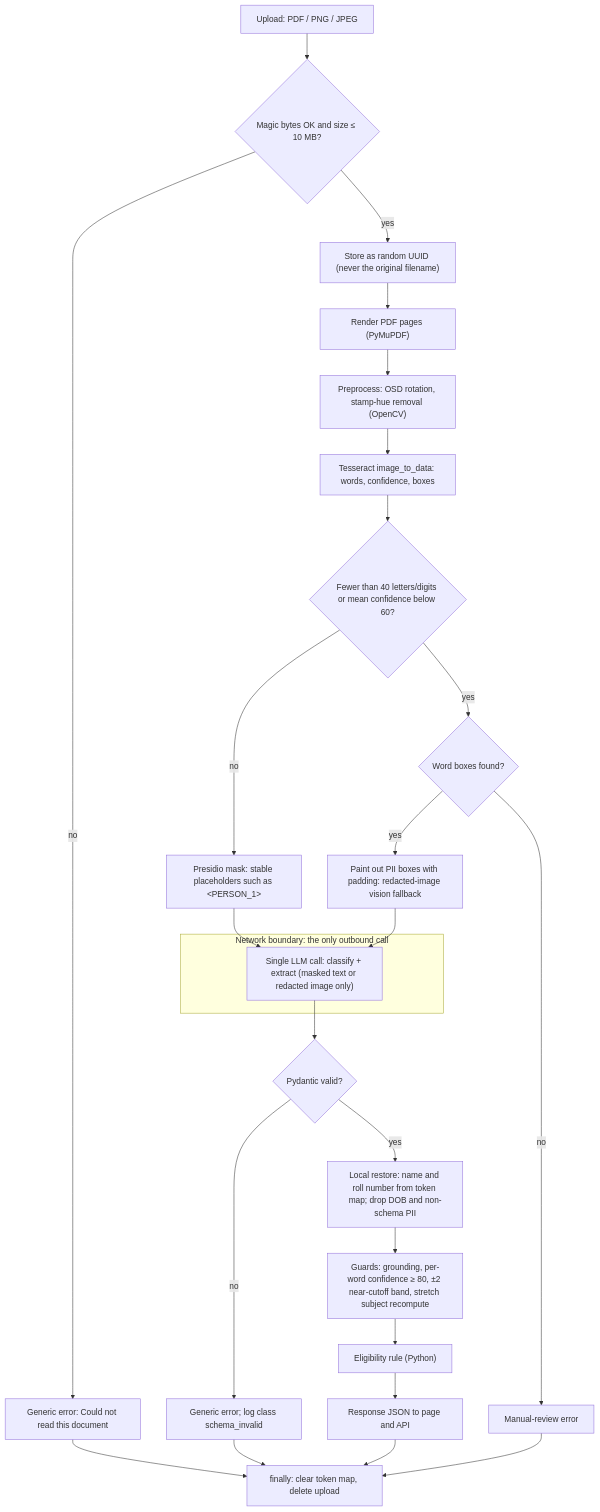
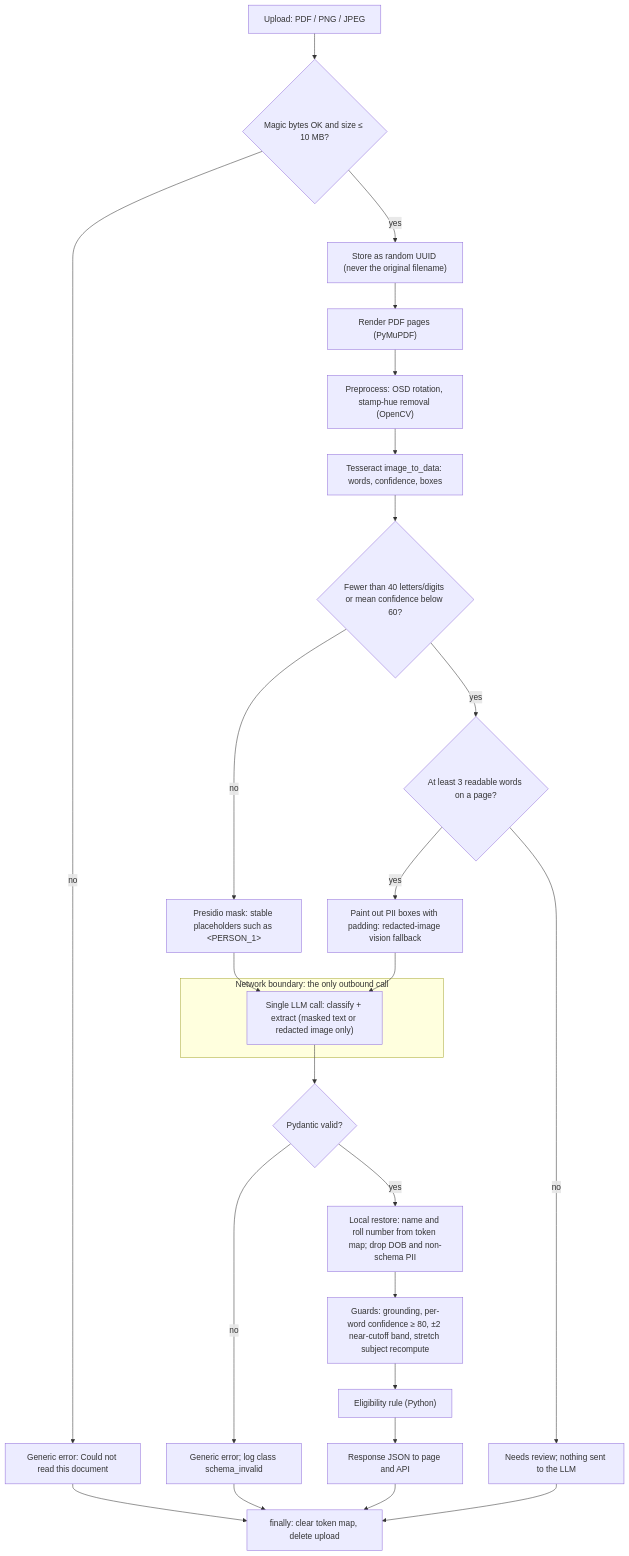
The first of 3 diagrams in docs/ARCHITECTURE.md (yvishi/OCR_DOC_Checker), drawn with Mermaid before and after one commit. The commit also changed other lines of this file and 13 other files, not shown here.

First line of the commit message:
Send images with no readable text to review without calling the model

````diff
--- a/docs/ARCHITECTURE.md
+++ b/docs/ARCHITECTURE.md
@@ -33,29 +33,29 @@
 ```mermaid
 flowchart TD
     A["Upload: PDF / PNG / JPEG"] --> B{"Magic bytes OK and size ≤ 10 MB?"}
     B -- no --> X1["Generic error: Could not read this document"]
     B -- yes --> C["Store as random UUID (never the original filename)"]
     C --> D["Render PDF pages (PyMuPDF)"]
     D --> E["Preprocess: OSD rotation, stamp-hue removal (OpenCV)"]
     E --> F["Tesseract image_to_data: words, confidence, boxes"]
     F --> G{"Fewer than 40 letters/digits or mean confidence below 60?"}
     G -- no --> H["Presidio mask: stable placeholders such as #lt;PERSON_1#gt;"]
-    G -- yes --> V{"Word boxes found?"}
+    G -- yes --> V{"At least 3 readable words on a page?"}
     V -- yes --> V1["Paint out PII boxes with padding: redacted-image vision fallback"]
-    V -- no --> X2["Manual-review error"]
+    V -- no --> X2["Needs review; nothing sent to the LLM"]
     subgraph NET["Network boundary: the only outbound call"]
         I["Single LLM call: classify + extract (masked text or redacted image only)"]
     end
     V1 --> I
     H --> I
     I --> J{"Pydantic valid?"}
     J -- no --> X3["Generic error; log class schema_invalid"]
     J -- yes --> K["Local restore: name and roll number from token map; drop DOB and non-schema PII"]
     K --> L["Guards: grounding, per-word confidence ≥ 80, ±2 near-cutoff band, stretch subject recompute"]
     L --> M["Eligibility rule (Python)"]
     M --> N["Response JSON to page and API"]
     N --> Z["finally: clear token map, delete upload"]
     X1 --> Z
     X2 --> Z
     X3 --> Z
 ```
````
